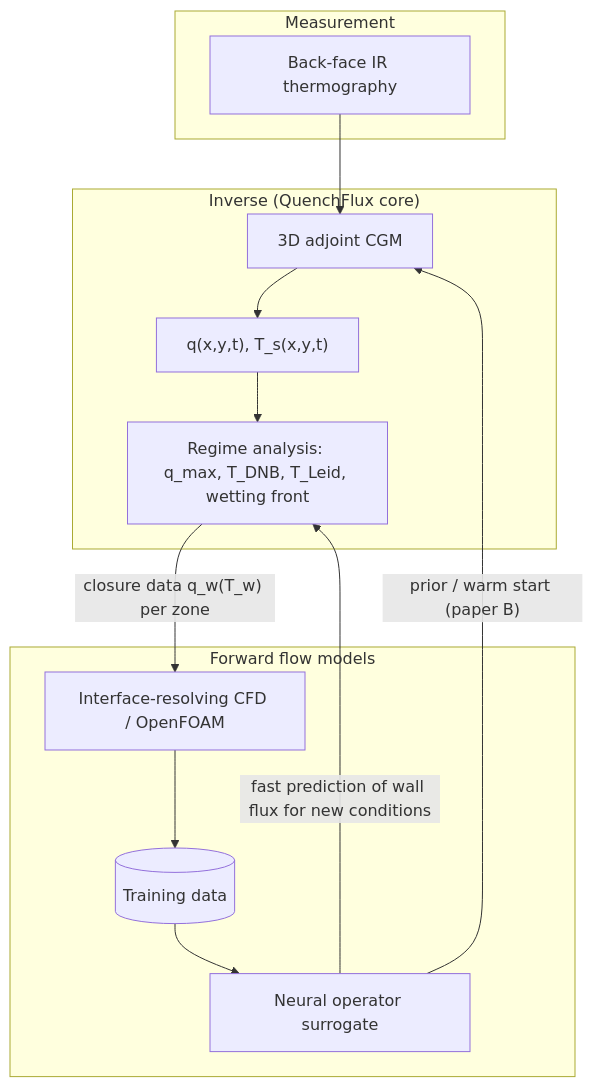
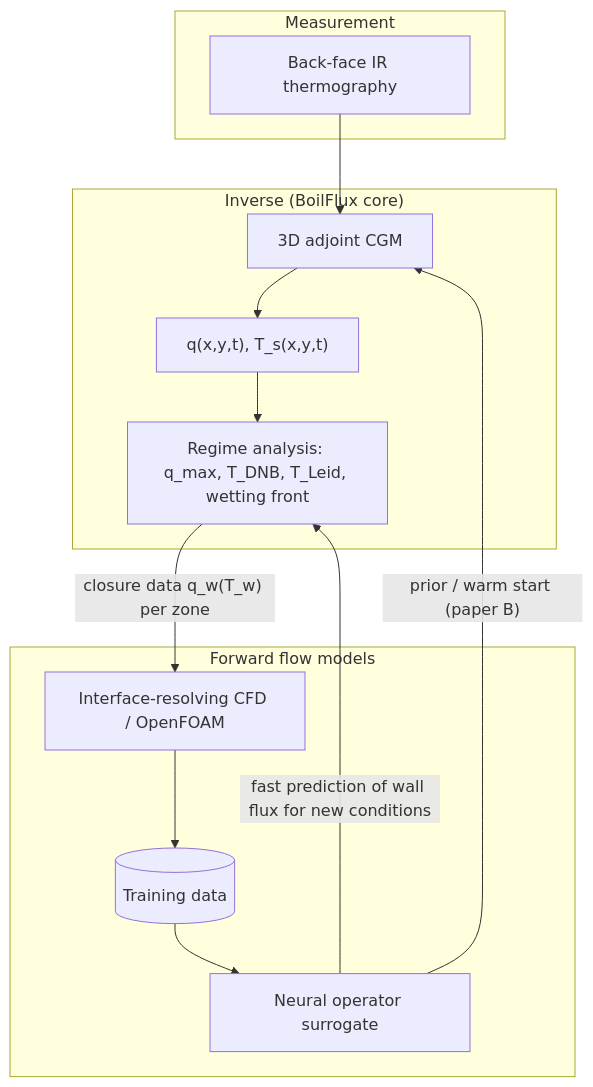
The diagram in docs/physics/modelling.md (suresh-gopalkrishna/boilflux), drawn with Mermaid before and after one commit. The commit also changed other lines of this file and 71 other files, not shown here.

First line of the commit message:
Rename QuenchFlux to BoilFlux

````diff
--- a/docs/physics/modelling.md
+++ b/docs/physics/modelling.md
@@ -94,18 +94,18 @@
 ```mermaid
 flowchart TB
   subgraph Measurement
     IR[Back-face IR thermography]
   end
-  subgraph Inverse["Inverse (QuenchFlux core)"]
+  subgraph Inverse["Inverse (BoilFlux core)"]
     CGM[3D adjoint CGM] --> Q["q(x,y,t), T_s(x,y,t)"]
     Q --> REG["Regime analysis: q_max, T_DNB, T_Leid, wetting front"]
   end
   subgraph Forward["Forward flow models"]
     CFD["Interface-resolving CFD / OpenFOAM"] --> DATA[(Training data)]
     DATA --> NO[Neural operator surrogate]
   end
   IR --> CGM
   NO -->|"prior / warm start (paper B)"| CGM
   REG -->|"closure data q_w(T_w) per zone"| CFD
   NO -->|"fast prediction of wall flux for new conditions"| REG
 ```
````
